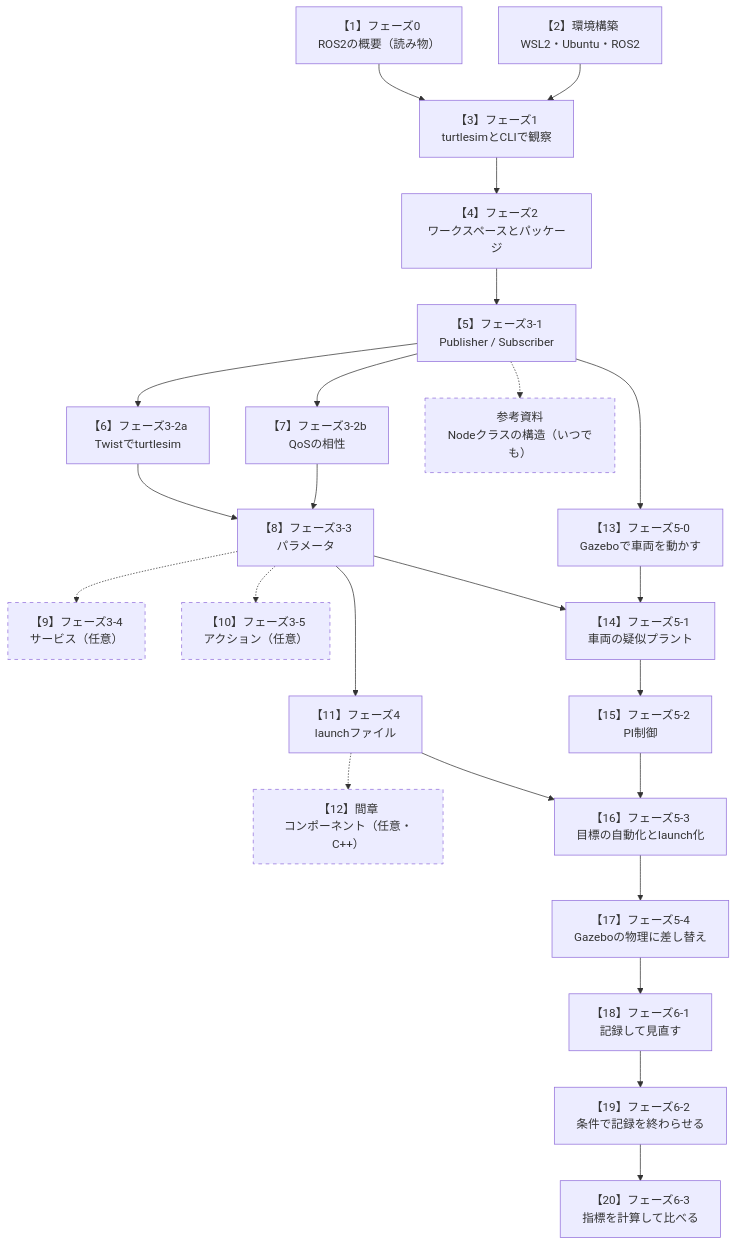
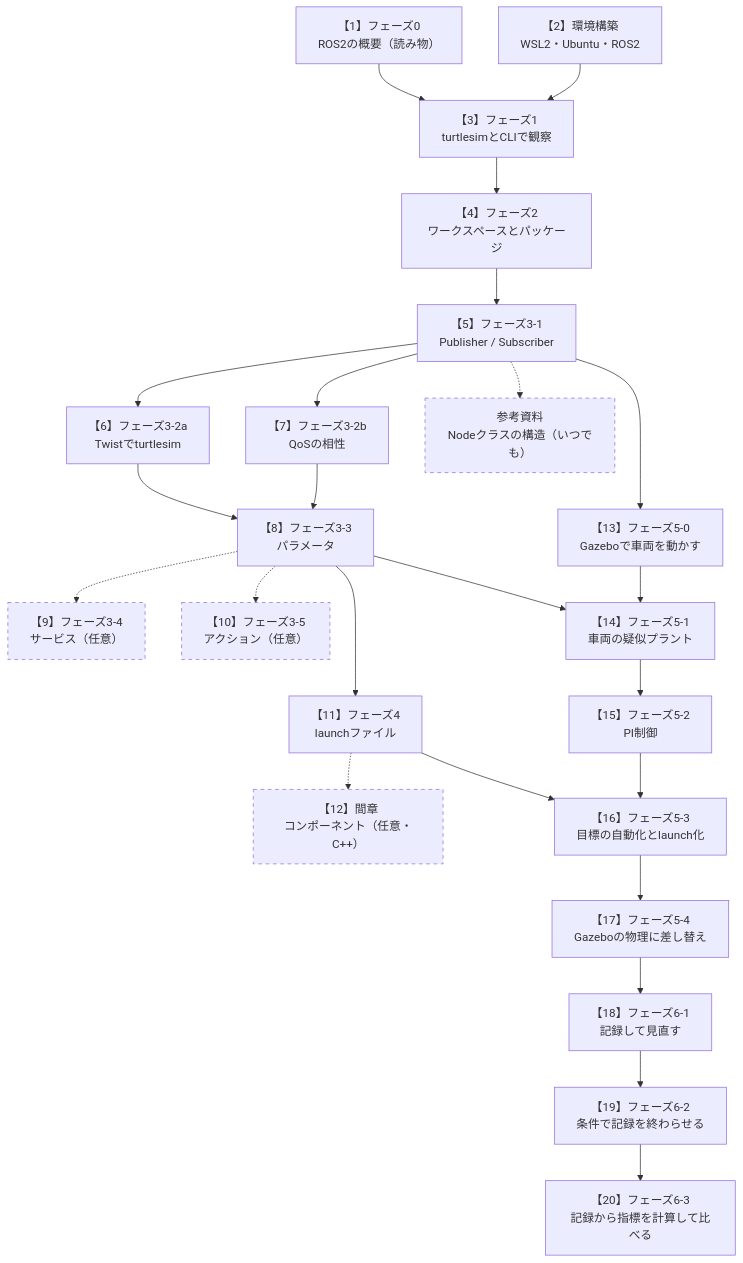
The diagram in README.md (SanghunIm1991/ros2MinimalPhysicalAi), drawn with Mermaid before and after one commit. The commit also changed 3 other files, not shown here.

Commit message:
[claude] フェーズ6-3のセッションレビューの指摘（中2・軽微11）に対応（C++版にevaluateを切り出してPython版と再照合、8-3節のsource、1サンプル違い・止まりにくい・Countの出どころ等の記述の修正、つまずきの追加、図と文言の統一）し、CLAUDE.mdの棚卸しの一覧に6-1〜6-3のログの時刻を追加

````diff
--- a/README.md
+++ b/README.md
@@ -89,29 +89,29 @@
 ```mermaid
 flowchart TB
     P0["【1】フェーズ0<br/>ROS2の概要（読み物）"] --> P1
     SETUP["【2】環境構築<br/>WSL2・Ubuntu・ROS2"] --> P1
     P1["【3】フェーズ1<br/>turtlesimとCLIで観察"] --> P2["【4】フェーズ2<br/>ワークスペースとパッケージ"]
     P2 --> P31["【5】フェーズ3-1<br/>Publisher / Subscriber"]
     P31 --> P32a["【6】フェーズ3-2a<br/>Twistでturtlesim"]
     P31 --> P32b["【7】フェーズ3-2b<br/>QoSの相性"]
     P32a --> P33["【8】フェーズ3-3<br/>パラメータ"]
     P32b --> P33
     P33 -.-> P34["【9】フェーズ3-4<br/>サービス（任意）"]
     P33 -.-> P35["【10】フェーズ3-5<br/>アクション（任意）"]
     P33 --> P4["【11】フェーズ4<br/>launchファイル"]
     P4 -.-> INT["【12】間章<br/>コンポーネント（任意・C++）"]
     P31 --> P50["【13】フェーズ5-0<br/>Gazeboで車両を動かす"]
     P33 --> P51["【14】フェーズ5-1<br/>車両の疑似プラント"]
     P50 --> P51
     P51 --> P52["【15】フェーズ5-2<br/>PI制御"]
     P4 --> P53["【16】フェーズ5-3<br/>目標の自動化とlaunch化"]
     P52 --> P53
     P53 --> P54["【17】フェーズ5-4<br/>Gazeboの物理に差し替え"]
     P54 --> P61["【18】フェーズ6-1<br/>記録して見直す"]
     P61 --> P62["【19】フェーズ6-2<br/>条件で記録を終わらせる"]
-    P62 --> P63["【20】フェーズ6-3<br/>指標を計算して比べる"]
+    P62 --> P63["【20】フェーズ6-3<br/>記録から指標を計算して比べる"]
     P31 -.-> REF["参考資料<br/>Nodeクラスの構造（いつでも）"]
 
     classDef optional stroke-dasharray: 5 5
     class P34,P35,INT,REF optional
 ```
````
